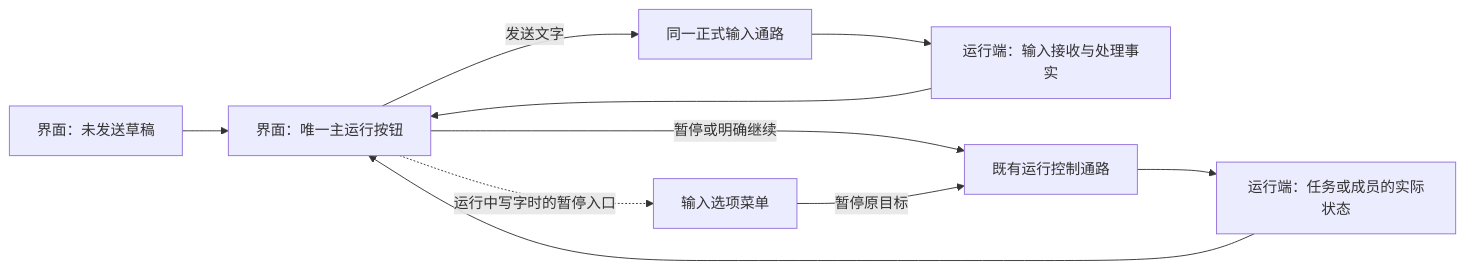
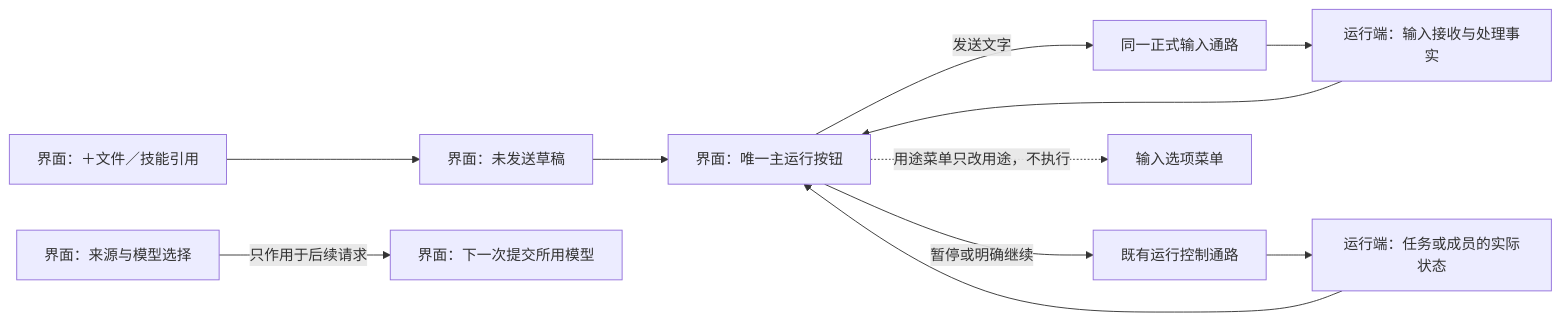
One commit to ssdiwu/dcode changed the diagram in spec/页面与交互组件.md. Above: the diagram before and after it, drawn with Mermaid. The commit also changed other lines of this file and 225 other files, not shown here.

````diff
--- a/spec/页面与交互组件.md
+++ b/spec/页面与交互组件.md
@@ -105,12 +106,13 @@
 ```mermaid
 flowchart LR
     Draft["界面：未发送草稿"] --> Button["界面：唯一主运行按钮"]
     Input["运行端：输入接收与处理事实"] --> Button
     Run["运行端：任务或成员的实际状态"] --> Button
     Button -->|"发送文字"| Submit["同一正式输入通路"]
     Button -->|"暂停或明确继续"| Control["既有运行控制通路"]
     Submit --> Input
     Control --> Run
-    Button -.->|"运行中写字时的暂停入口"| Menu["输入选项菜单"]
-    Menu -->|"暂停原目标"| Control
+    Attach["界面：＋文件／技能引用"] --> Draft
+    Model["界面：来源与模型选择"] -->|"只作用于后续请求"| Next["界面：下一次提交所用模型"]
+    Button -.->|"用途菜单只改用途，不执行"| Menu["输入选项菜单"]
 ```
````
